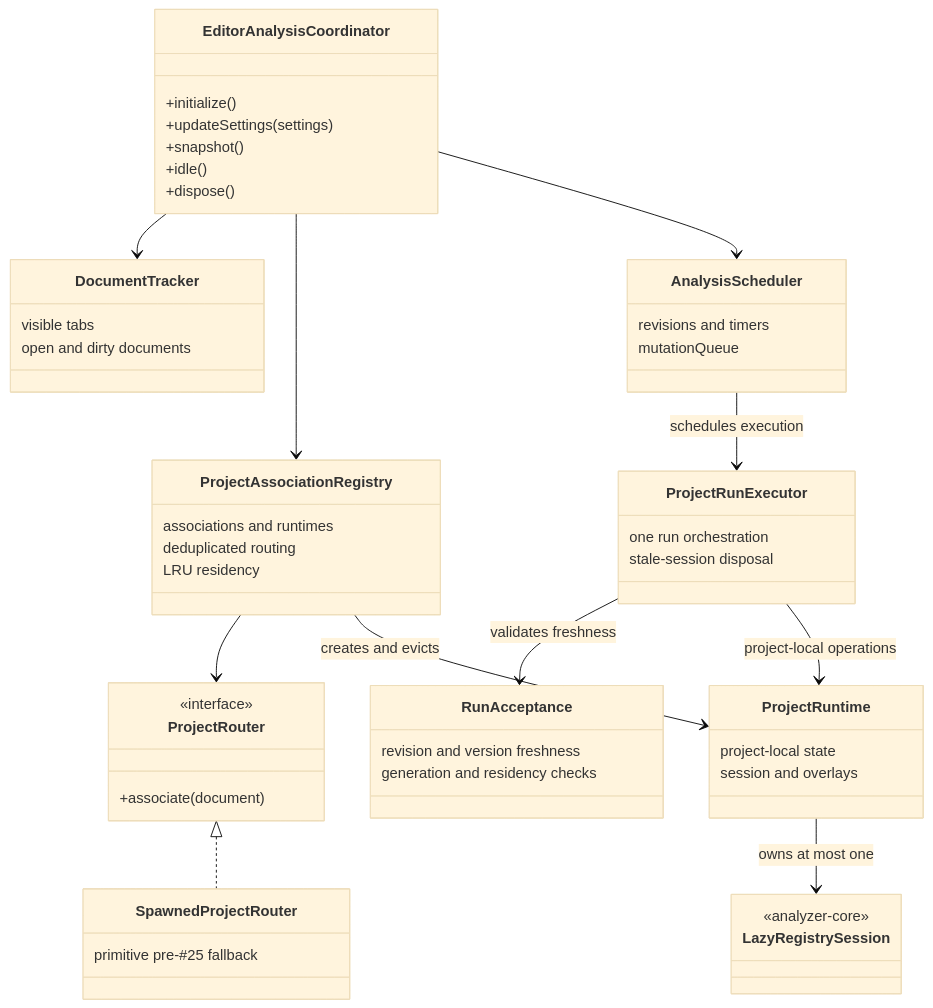
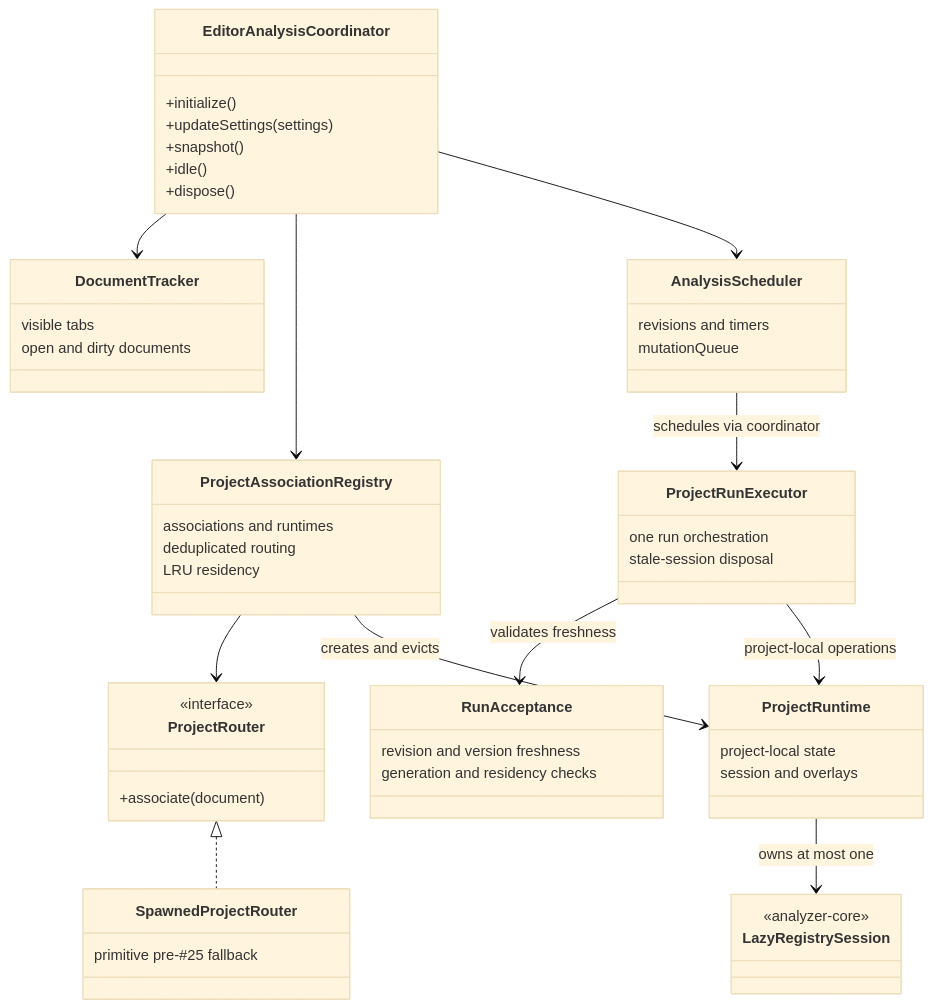
One commit to shining-mind/ts7-lit-analyzer changed the diagram in packages/vscode-extension/README.md. Above: the diagram before and after it, drawn with Mermaid (base theme). The commit also changed 7 other files, not shown here.

````diff
--- a/packages/vscode-extension/README.md
+++ b/packages/vscode-extension/README.md
@@ -11,56 +11,56 @@
 ```mermaid
 classDiagram
   class EditorAnalysisCoordinator {
     +initialize()
     +updateSettings(settings)
     +snapshot()
     +idle()
     +dispose()
   }
   class DocumentTracker {
     visible tabs
     open and dirty documents
   }
   class ProjectAssociationRegistry {
     associations and runtimes
     deduplicated routing
     LRU residency
   }
   class AnalysisScheduler {
     revisions and timers
     mutationQueue
   }
   class ProjectRunExecutor {
     one run orchestration
     stale-session disposal
   }
   class RunAcceptance {
     revision and version freshness
     generation and residency checks
   }
   class ProjectRuntime {
     project-local state
     session and overlays
   }
   class ProjectRouter {
     <<interface>>
     +associate(document)
   }
   class SpawnedProjectRouter {
     primitive pre-#25 fallback
   }
   class LazyRegistrySession {
     <<analyzer-core>>
   }
 
   EditorAnalysisCoordinator --> DocumentTracker
   EditorAnalysisCoordinator --> ProjectAssociationRegistry
   EditorAnalysisCoordinator --> AnalysisScheduler
   ProjectAssociationRegistry --> ProjectRouter
   ProjectAssociationRegistry --> ProjectRuntime : creates and evicts
-  AnalysisScheduler --> ProjectRunExecutor : schedules execution
+  AnalysisScheduler --> ProjectRunExecutor : schedules via coordinator
   ProjectRunExecutor --> RunAcceptance : validates freshness
   ProjectRunExecutor --> ProjectRuntime : project-local operations
   ProjectRuntime --> LazyRegistrySession : owns at most one
   ProjectRouter <|.. SpawnedProjectRouter
 ```
````
